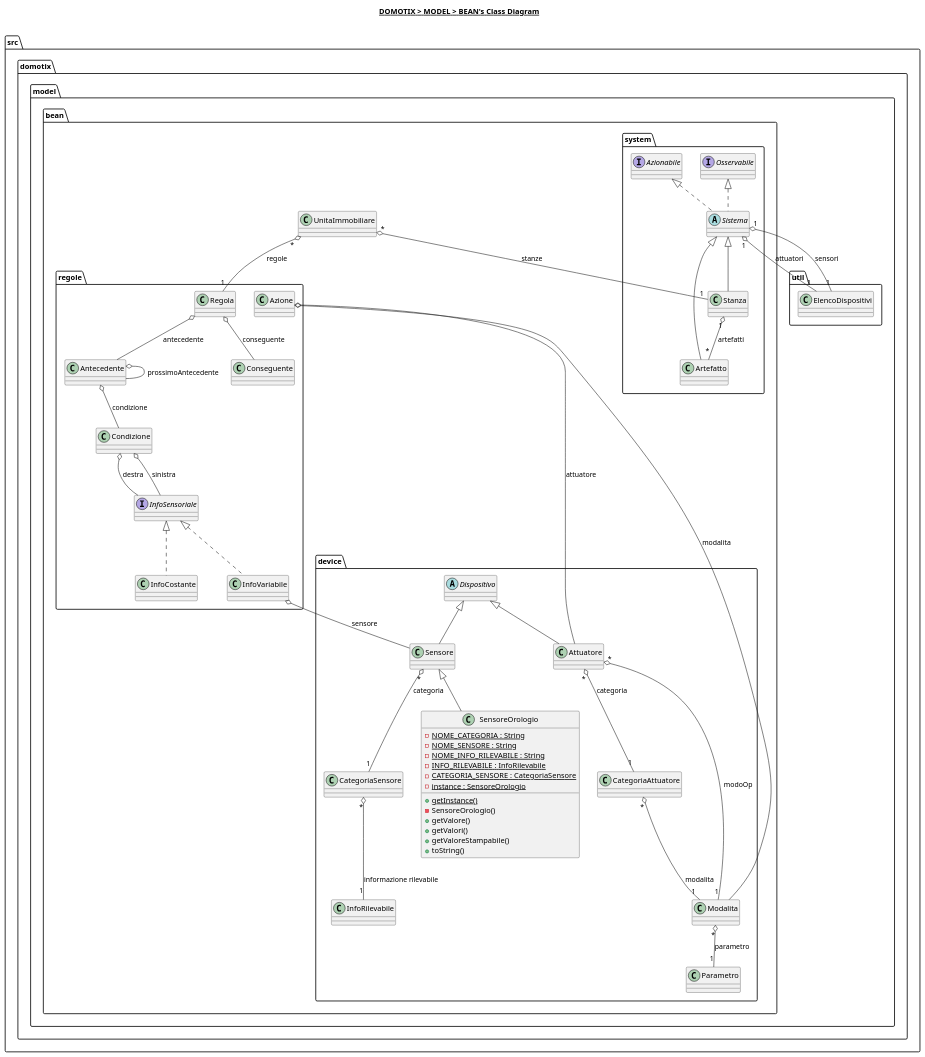
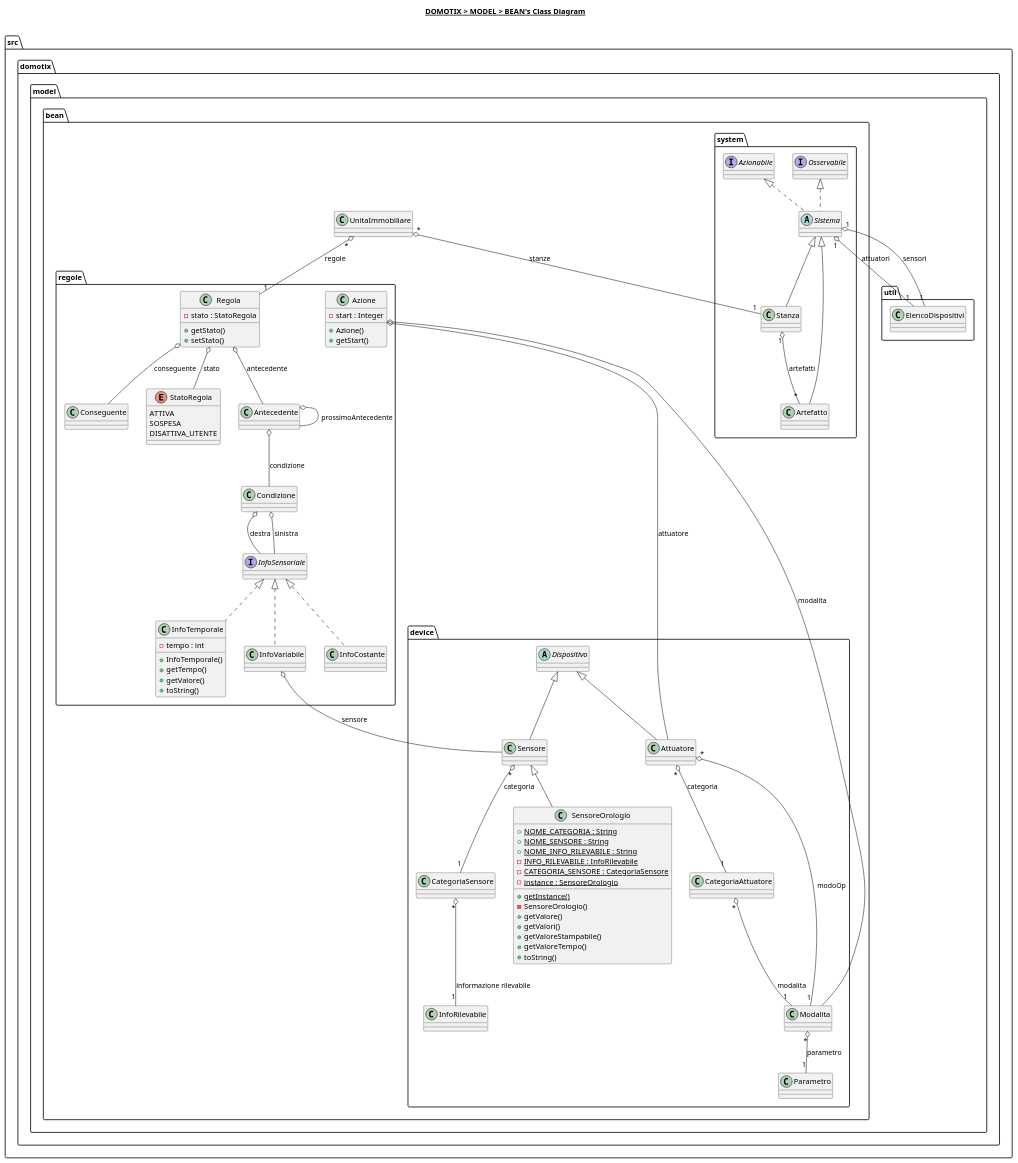
One commit to Edoar-do/Domotix changed the diagram in src/domotix/model/bean/bean.plantuml. Above: the diagram before and after it, drawn with PlantUML. The commit also changed 3 other files, not shown here.

Commit message:
Sistema diagrammi per modifiche

```diff
--- a/src/domotix/model/bean/bean.plantuml
+++ b/src/domotix/model/bean/bean.plantuml
@@ -1,131 +1,154 @@
 @startuml
 
 title __DOMOTIX > MODEL > BEAN's Class Diagram__\n
 
 namespace src.domotix.model {
     namespace util {
     }
 
     namespace bean {
         class src.domotix.model.bean.UnitaImmobiliare {
         }
 
         namespace device {
             class src.domotix.model.bean.device.Attuatore {
             }
 
             class src.domotix.model.bean.device.CategoriaAttuatore {
             }
 
             class src.domotix.model.bean.device.CategoriaSensore {
             }
 
             abstract class src.domotix.model.bean.device.Dispositivo {
             }
 
             class src.domotix.model.bean.device.Modalita {
             }
 
             class src.domotix.model.bean.device.Parametro {
             }
 
             class src.domotix.model.bean.device.Sensore {
             }
 
             class src.domotix.model.bean.device.InfoRilevabile {
             }
 
             class src.domotix.model.bean.device.SensoreOrologio {
-                {static} - NOME_CATEGORIA : String
-                {static} - NOME_SENSORE : String
-                {static} - NOME_INFO_RILEVABILE : String
+                {static} + NOME_CATEGORIA : String
+                {static} + NOME_SENSORE : String
+                {static} + NOME_INFO_RILEVABILE : String
                 {static} - INFO_RILEVABILE : InfoRilevabile
                 {static} - CATEGORIA_SENSORE : CategoriaSensore
                 {static} - instance : SensoreOrologio
                 {static} + getInstance()
                 - SensoreOrologio()
                 + getValore()
                 + getValori()
                 + getValoreStampabile()
+                + getValoreTempo()
                 + toString()
             }
         }
 
         namespace system {
             class src.domotix.model.bean.system.Artefatto {
               }
 
               interface src.domotix.model.bean.system.Azionabile {
               }
 
               interface src.domotix.model.bean.system.Osservabile {
               }
 
               abstract class src.domotix.model.bean.system.Sistema {
               }
 
               class src.domotix.model.bean.system.Stanza {
               }
         }
 
         namespace regole {
             class src.domotix.model.bean.regole.Regola {
+                - stato : StatoRegola
+                + getStato()
+                + setStato()
+            }
+
+            enum src.domotix.model.bean.regole.StatoRegola {
+                ATTIVA
+                SOSPESA
+                DISATTIVA_UTENTE
             }
 
             class src.domotix.model.bean.regole.Antecedente {
             }
 
             class src.domotix.model.bean.regole.Condizione {
             }
 
             interface src.domotix.model.bean.regole.InfoSensoriale {
             }
 
             class src.domotix.model.bean.regole.InfoCostante {
             }
 
+            class src.domotix.model.bean.regole.InfoTemporale {
+                - tempo : int
+                + InfoTemporale()
+                + getTempo()
+                + getValore()
+                + toString()
+            }
+
             class src.domotix.model.bean.regole.InfoVariabile {
             }
 
             class src.domotix.model.bean.regole.Conseguente {
             }
 
             class src.domotix.model.bean.regole.Azione {
+                - start : Integer
+                + Azione()
+                + getStart()
             }
         }
     }
 }
 
 src.domotix.model.bean.device.Attuatore -up-|> src.domotix.model.bean.device.Dispositivo
 src.domotix.model.bean.device.Attuatore "*" o-- "1" src.domotix.model.bean.device.CategoriaAttuatore : categoria
 src.domotix.model.bean.device.Attuatore "*" o-- "1" src.domotix.model.bean.device.Modalita : modoOp
 src.domotix.model.bean.device.CategoriaAttuatore "*" o-- "1" src.domotix.model.bean.device.Modalita : modalita
 src.domotix.model.bean.device.Modalita "*" o-- "1" src.domotix.model.bean.device.Parametro : parametro
 src.domotix.model.bean.device.Sensore -up-|> src.domotix.model.bean.device.Dispositivo
 src.domotix.model.bean.device.Sensore "*" o-- "1" src.domotix.model.bean.device.CategoriaSensore : categoria
 src.domotix.model.bean.device.CategoriaSensore "*" o-- "1" src.domotix.model.bean.device.InfoRilevabile : informazione rilevabile
 src.domotix.model.bean.device.SensoreOrologio -up-|> src.domotix.model.bean.device.Sensore
 
 src.domotix.model.bean.system.Artefatto -up-|> src.domotix.model.bean.system.Sistema
 src.domotix.model.bean.system.Sistema .up.|> src.domotix.model.bean.system.Azionabile
 src.domotix.model.bean.system.Sistema .up.|> src.domotix.model.bean.system.Osservabile
 src.domotix.model.bean.system.Sistema "1" o-- "1" src.domotix.model.util.ElencoDispositivi : attuatori
 src.domotix.model.bean.system.Sistema "1" o-- "1" src.domotix.model.util.ElencoDispositivi : sensori
 src.domotix.model.bean.system.Stanza -up-|> src.domotix.model.bean.system.Sistema
 src.domotix.model.bean.system.Stanza "1" o-- "*" src.domotix.model.bean.system.Artefatto : artefatti
 src.domotix.model.bean.UnitaImmobiliare "*" o-- "1" src.domotix.model.bean.system.Stanza : stanze
 src.domotix.model.bean.UnitaImmobiliare "*" o-- "1" src.domotix.model.bean.regole.Regola : regole
 
 src.domotix.model.bean.regole.Antecedente o-- src.domotix.model.bean.regole.Condizione : condizione
 src.domotix.model.bean.regole.Antecedente o-- src.domotix.model.bean.regole.Antecedente : prossimoAntecedente
 src.domotix.model.bean.regole.Azione o-- src.domotix.model.bean.device.Attuatore : attuatore
 src.domotix.model.bean.regole.Azione o-- src.domotix.model.bean.device.Modalita : modalita
 src.domotix.model.bean.regole.Condizione o-- src.domotix.model.bean.regole.InfoSensoriale : destra
 src.domotix.model.bean.regole.Condizione o-- src.domotix.model.bean.regole.InfoSensoriale : sinistra
 src.domotix.model.bean.regole.InfoCostante .up.|> src.domotix.model.bean.regole.InfoSensoriale
 src.domotix.model.bean.regole.InfoVariabile .up.|> src.domotix.model.bean.regole.InfoSensoriale
+src.domotix.model.bean.regole.InfoTemporale .up.|> src.domotix.model.bean.regole.InfoSensoriale
 src.domotix.model.bean.regole.InfoVariabile o-- src.domotix.model.bean.device.Sensore : sensore
 src.domotix.model.bean.regole.Regola o-- src.domotix.model.bean.regole.Antecedente : antecedente
 src.domotix.model.bean.regole.Regola o-- src.domotix.model.bean.regole.Conseguente : conseguente
+src.domotix.model.bean.regole.Regola o-- src.domotix.model.bean.regole.StatoRegola : stato
 
 @enduml
```
